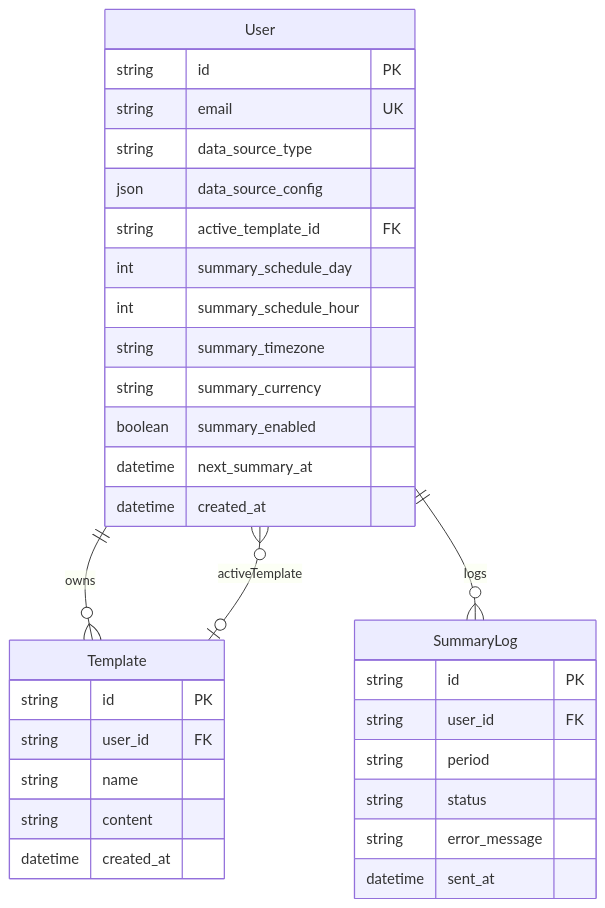
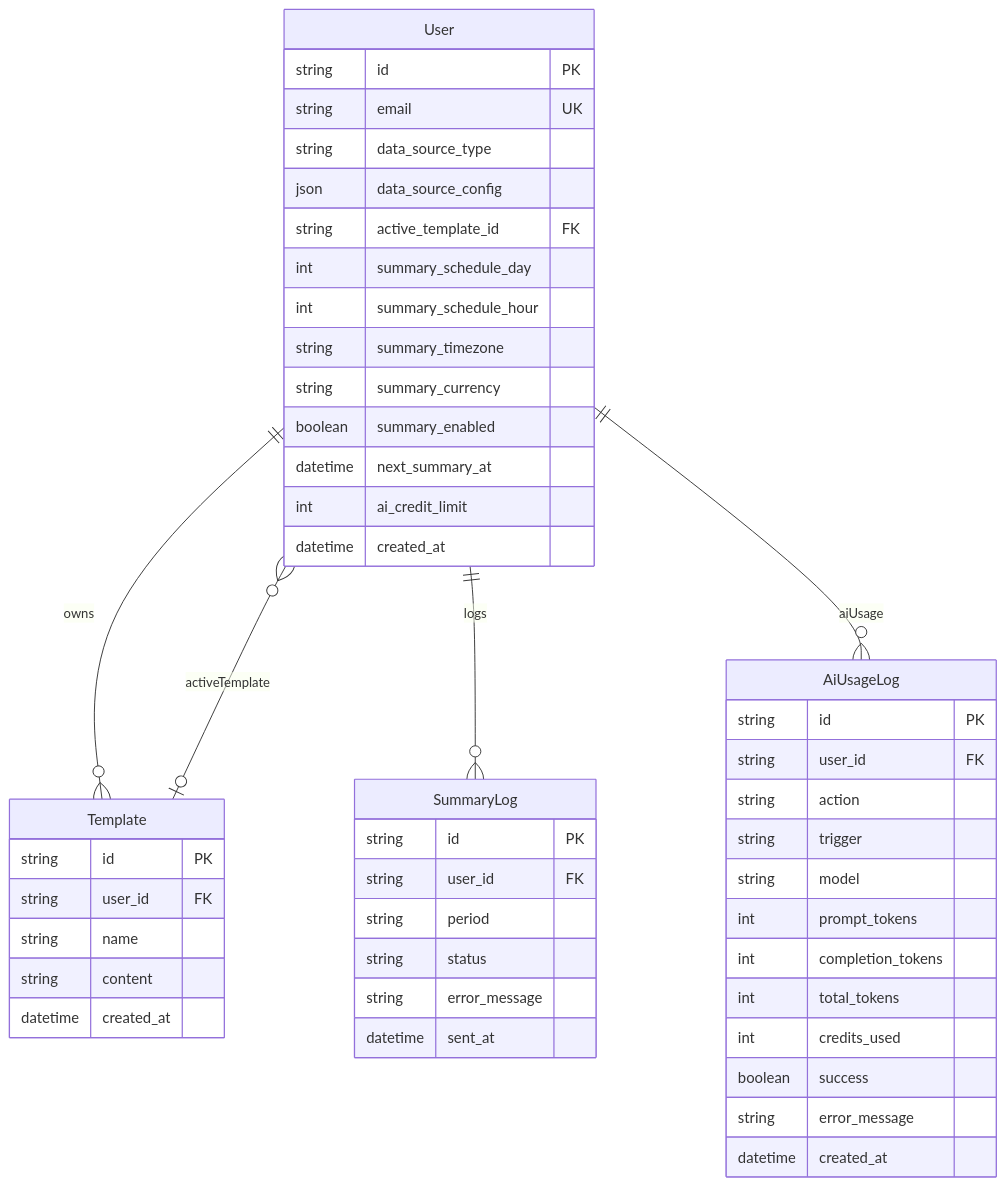
Before and after one commit to PatrykS-ORG/expenses-tracking-backend: the diagram in docs/database.md, drawn with Mermaid. The commit also changed other lines of this file and 38 other files, not shown here.

Commit message:
BE-01 add user credits (#28)

````diff
--- a/docs/database.md
+++ b/docs/database.md
@@ -113,35 +151,51 @@
 ```mermaid
 erDiagram
   User ||--o{ Template : owns
   User }o--o| Template : activeTemplate
   User ||--o{ SummaryLog : logs
+  User ||--o{ AiUsageLog : aiUsage
   User {
     string id PK
     string email UK
     string data_source_type
     json data_source_config
     string active_template_id FK
     int summary_schedule_day
     int summary_schedule_hour
     string summary_timezone
     string summary_currency
     boolean summary_enabled
     datetime next_summary_at
+    int ai_credit_limit
     datetime created_at
   }
   Template {
     string id PK
     string user_id FK
     string name
     string content
     datetime created_at
   }
   SummaryLog {
     string id PK
     string user_id FK
     string period
     string status
     string error_message
     datetime sent_at
   }
+  AiUsageLog {
+    string id PK
+    string user_id FK
+    string action
+    string trigger
+    string model
+    int prompt_tokens
+    int completion_tokens
+    int total_tokens
+    int credits_used
+    boolean success
+    string error_message
+    datetime created_at
+  }
 ```
````
